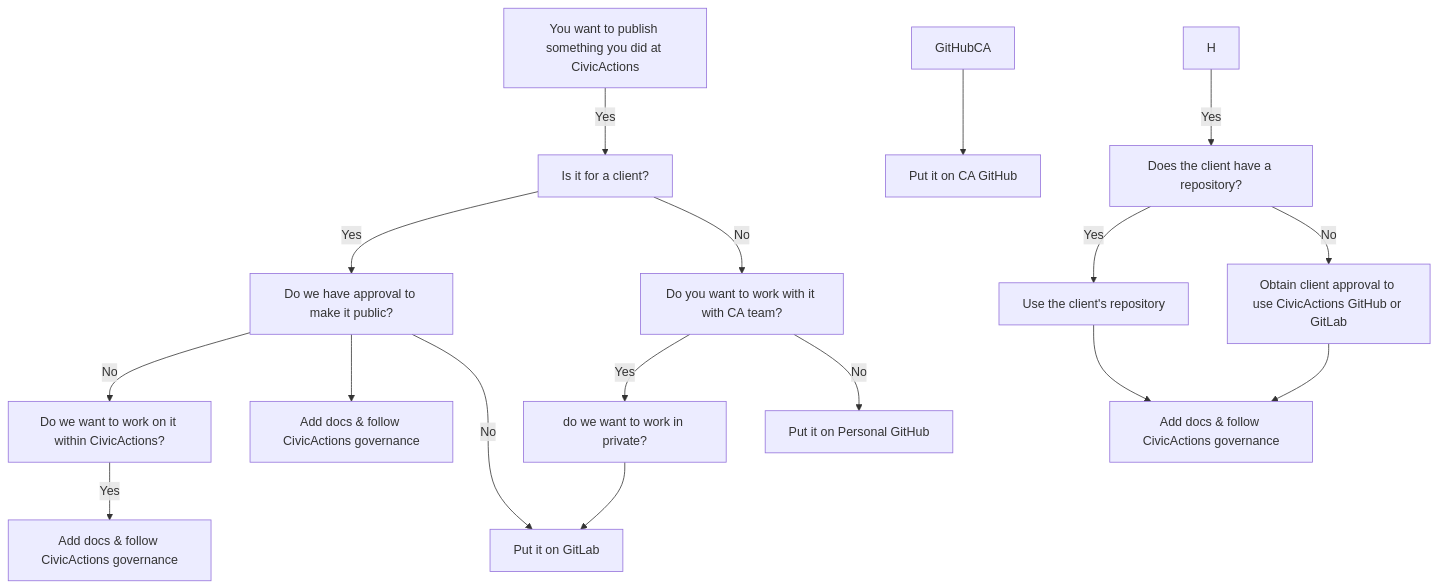
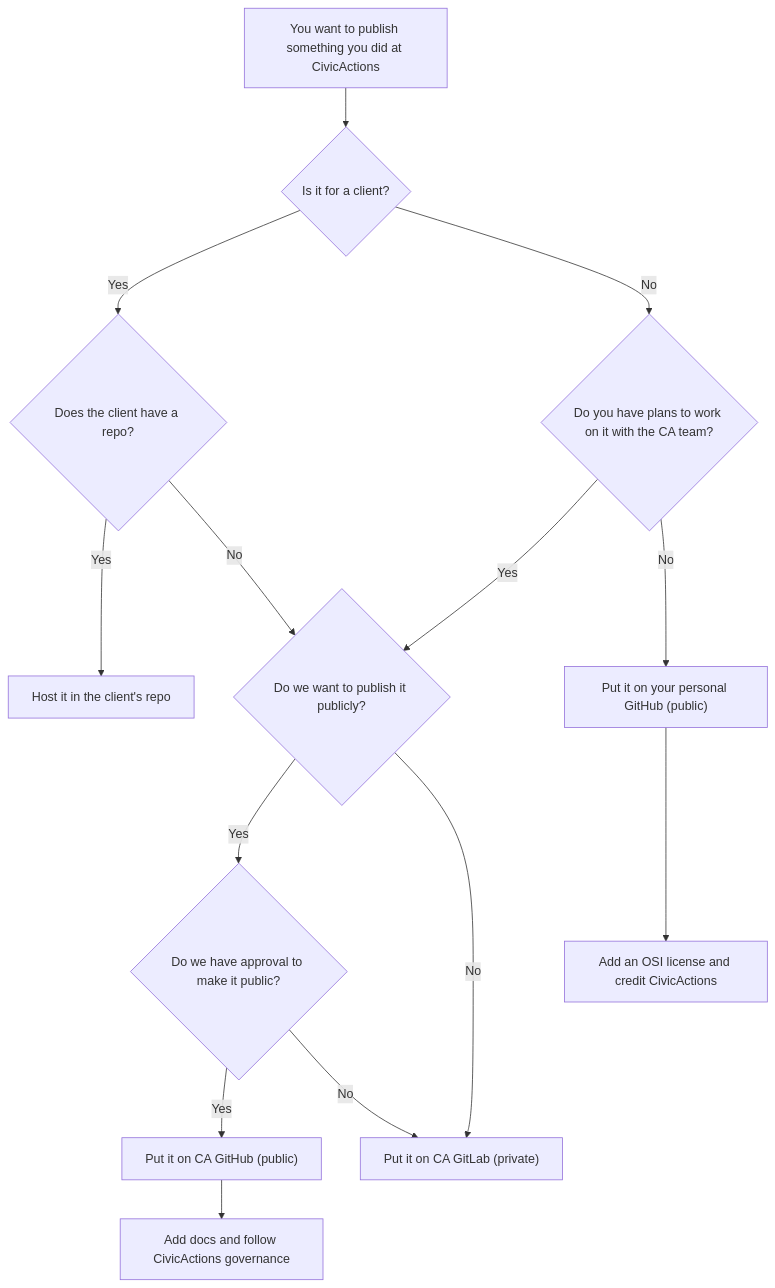
The diagram in draft/code-management-guidance.md (CivicActions/open-practice), drawn with Mermaid before and after one commit. The commit also changed other lines of this file, not shown here.

````diff
--- a/draft/code-management-guidance.md
+++ b/draft/code-management-guidance.md
@@ -166,28 +73,35 @@
 ```mermaid
-flowchart
-    Project[You want to publish something you did at CivicActions] -->|Yes| Client[Is it for a client?]
+flowchart TD
+    Project["You want to publish something you did at CivicActions"]
+    Client{"Is it for a client?"}
+    ClientRepo{"Does the client have a repo?"}
+    NeedCA{"Do you have plans to work on it with the CA team?"}
+    WantPublic{"Do we want to publish it publicly?"}
+    Approval{"Do we have approval to make it public?"}
+    UseClientRepo["Host it in the client's repo"]
+    UseCAGH["Put it on CA GitHub (public)"]
+    UseCAGL["Put it on CA GitLab (private)"]
+    UsePersonalGH["Put it on your personal GitHub (public)"]
+    Docs["Add docs and follow CivicActions governance"]
+    DocsPersonal["Add an OSI license and credit CivicActions"]
 
-    Client -->|Yes| Approval[Do we have approval to make it public?]
-    Client -->|No| Team[Do you want to work with it with CA team?]
+    Project --> Client
+    Client -->|Yes| ClientRepo
+    Client -->|No| NeedCA
 
-    Approval -->|No| EE[Do we want to work on it within CivicActions?]
-    Team --> |Yes| GitLab[do we want to work in private?]
-    Team --> |No| GitHubPersonal
+    ClientRepo -->|Yes| UseClientRepo
+    ClientRepo -->|No| WantPublic
 
-    EE --> |Yes| GG[Add docs & follow CivicActions governance]
-    Approval --> HH[Add docs & follow CivicActions governance]
+    NeedCA -->|Yes| WantPublic
+    NeedCA -->|No| UsePersonalGH
 
-    GitLab --> E[rad oub]
-    GitHubCA --> F[Put it on CA GitHub]
-    GitHubPersonal[Put it on Personal GitHub]
+    WantPublic -->|Yes| Approval
+    WantPublic -->|No| UseCAGL
 
-    Approval -->|No| E[Put it on GitLab]
+    Approval -->|Yes| UseCAGH
+    Approval -->|No| UseCAGL
 
-    H -->|Yes| I[Does the client have a repository?]
-    I -->|Yes| J[Use the client's repository]
-    I -->|No| K[Obtain client approval to use CivicActions GitHub or GitLab]
+    UseCAGH --> Docs
 
-
-    J --> L[Add docs & follow CivicActions governance]
-    K --> L
+    UsePersonalGH --> DocsPersonal
 ```
````
